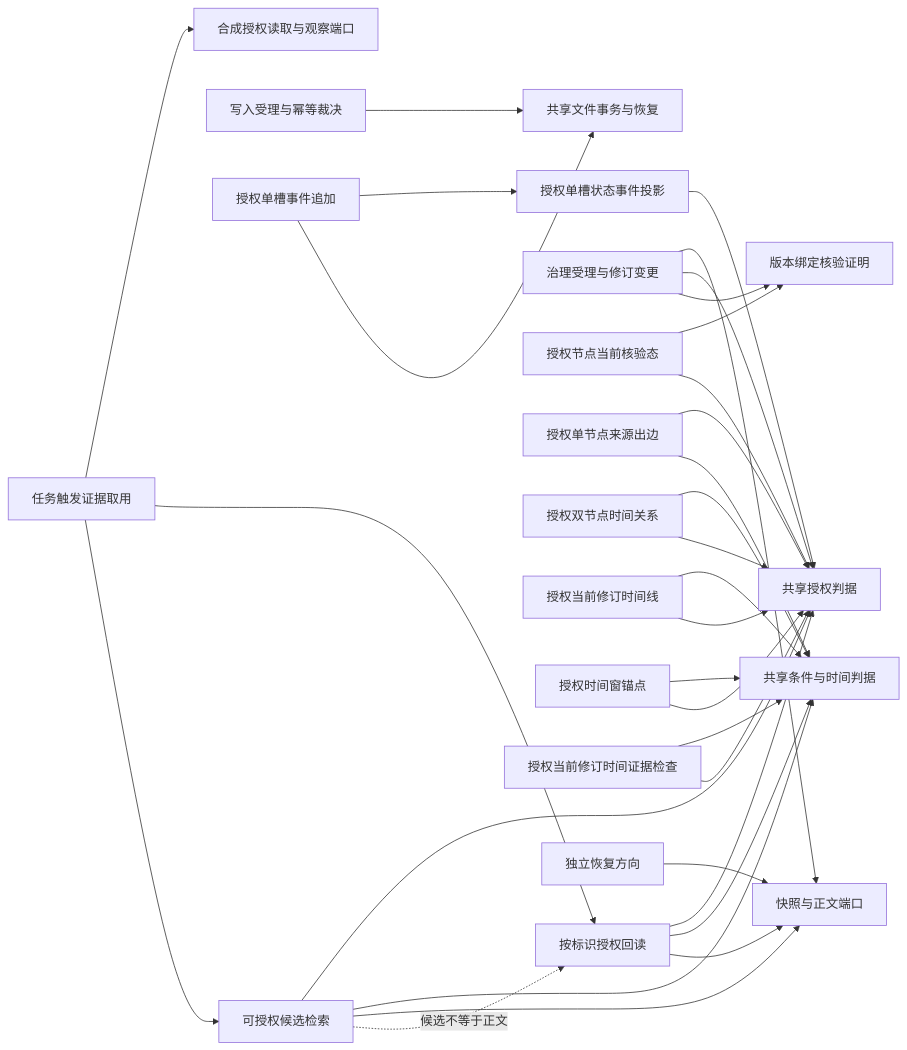
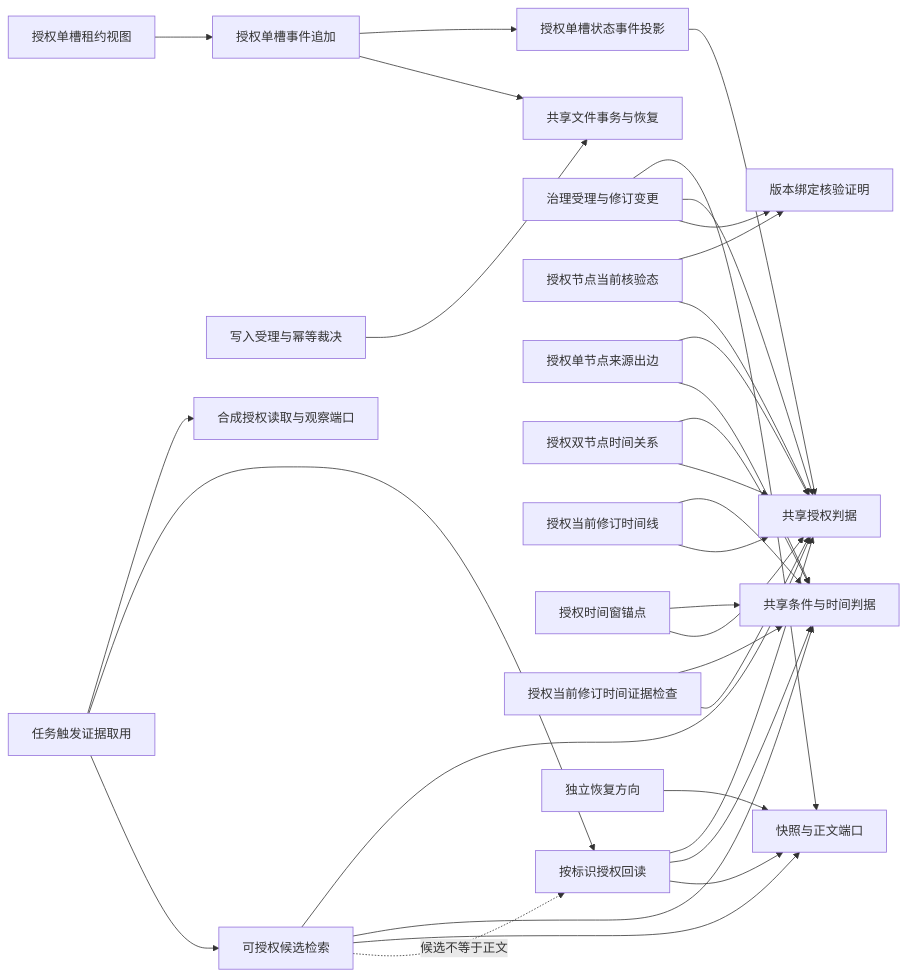
One commit to FuRongJun-1999/dsh-lingshu-memory changed the diagram in docs/CAPABILITY_GRAPH.md. Above: the diagram before and after it, drawn with Mermaid. The commit also changed other lines of this file and 12 other files, not shown here.

```diff
--- a/docs/CAPABILITY_GRAPH.md
+++ b/docs/CAPABILITY_GRAPH.md
@@ -5,33 +5,34 @@
 ~~~mermaid
 graph LR
   G[按标识授权回读] --> A[共享授权判据]
   G --> T[共享条件与时间判据]
   G --> S[快照与正文端口]
   Q[可授权候选检索] --> A
   Q --> T
   Q --> S
   Q -. 候选不等于正文 .-> G
   W[写入受理与幂等裁决] --> X[共享文件事务与恢复]
   R[治理受理与修订变更] --> S
   R --> A
   R --> V[版本绑定核验证明]
   K[授权节点当前核验态] --> V
   K --> A
   E[授权单节点来源出边] --> A
   E --> T
   Z[授权双节点时间关系] --> T
   Z --> A
   L[授权当前修订时间线] --> T
   L --> A
   WN[授权时间窗锚点] --> T
   WN --> A
   TC[授权当前修订时间证据检查] --> T
   TC --> A
   SC[授权单槽状态事件投影] --> A
   SE[授权单槽事件追加] --> SC
   SE --> X
+  SL[授权单槽租约视图] --> SE
   P[独立恢复方向] --> S
   C[任务触发证据取用] --> O[合成授权读取与观察端口]
   C --> G
   C --> Q
 ~~~
```
